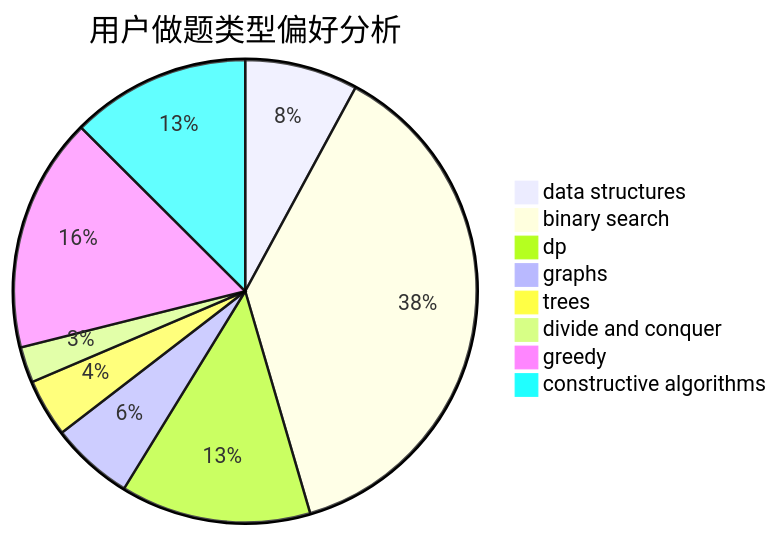
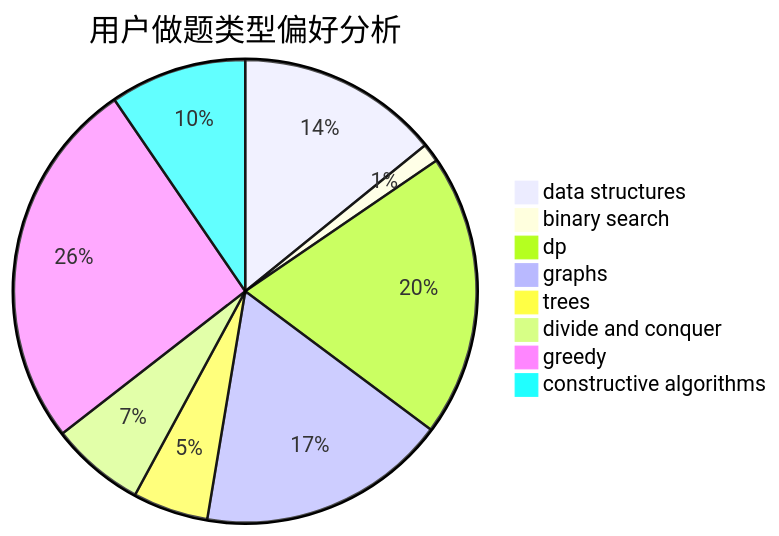
The second of 3 diagrams in docs/user/u1822.md (sherpahu/cfrs.github.io), drawn with Mermaid before and after one commit. The commit also changed other lines of this file and 2770 other files, not shown here.

````diff
--- a/docs/user/u1822.md
+++ b/docs/user/u1822.md
@@ -23,11 +23,11 @@
 ```mermaid
 pie title 用户做题类型偏好分析
-    "data structures" :  41
-    "binary search" :  195
-    "dp" :  69
-    "graphs" :  30
-    "trees" :  21
-    "divide and conquer" :  13
-    "greedy" :  85
-    "constructive algorithms" :  65
+    "data structures" :  43
+    "binary search" :  4
+    "dp" :  60
+    "graphs" :  53
+    "trees" :  16
+    "divide and conquer" :  20
+    "greedy" :  79
+    "constructive algorithms" :  29
 ```
````
